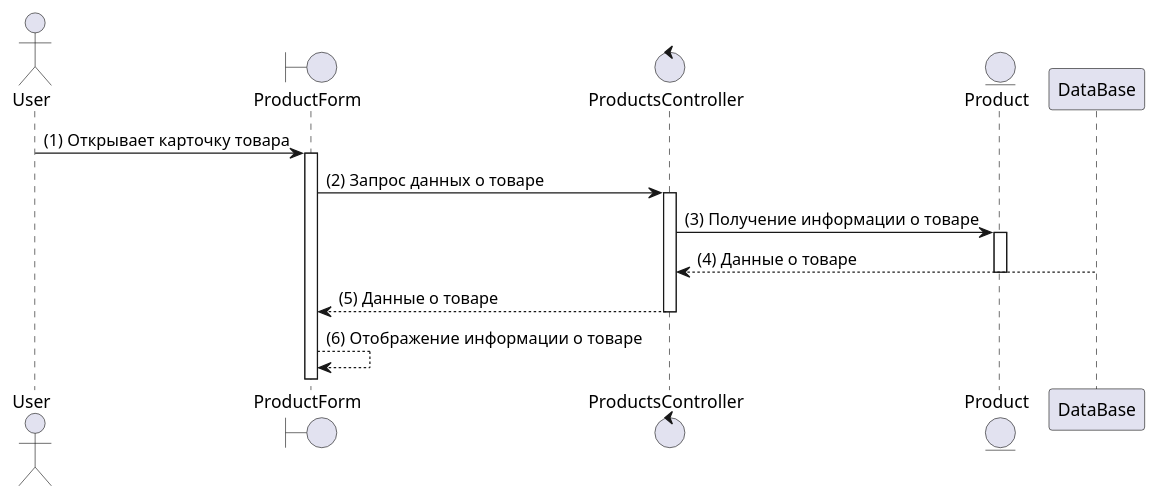
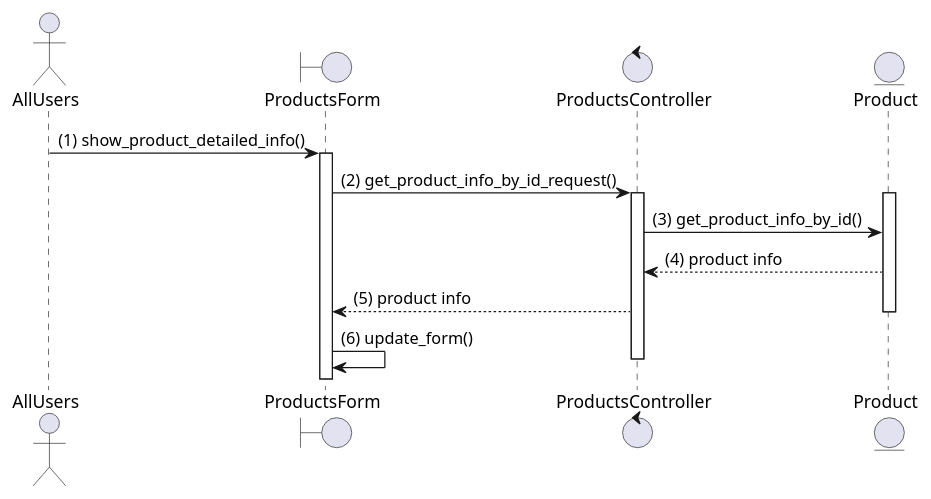
One commit to UraharaKiska/umlk_diagram changed the diagram in laba_1-4/sequence/all_users/view_producrt_card.puml. Above: the diagram before and after it, drawn with PlantUML. The commit also changed 16 other files, not shown here.

```diff
--- a/laba_1-4/sequence/all_users/view_producrt_card.puml
+++ b/laba_1-4/sequence/all_users/view_producrt_card.puml
@@ -1,24 +1,26 @@
 @startuml
-actor User
-boundary ProductForm
+actor AllUsers
+boundary ProductsForm
 control ProductsController
 entity Product
 
-User -> ProductForm : (1) Открывает карточку товара
-activate ProductForm
+AllUsers -> ProductsForm : (1) show_product_detailed_info()
+activate ProductsForm
 
-ProductForm -> ProductsController : (2) Запрос данных о товаре
+ProductsForm -> ProductsController : (2) get_product_info_by_id_request()
 activate ProductsController
 
-ProductsController -> Product : (3) Получение информации о товаре
 activate Product
+ProductsController -> Product : (3) get_product_info_by_id()
+ProductsController <-- Product : (4) product info
 
-DataBase --> ProductsController : (4) Данные о товаре
+' DataBase --> ProductsController : (4) Данные о товаре
+
+
+ProductsController --> ProductsForm : (5) product info
 deactivate Product
 
-ProductsController --> ProductForm : (5) Данные о товаре
+ProductsForm -> ProductsForm : (6) update_form()
 deactivate ProductsController
 
-ProductForm --> ProductForm : (6) Отображение информации о товаре
-
 @enduml
```
